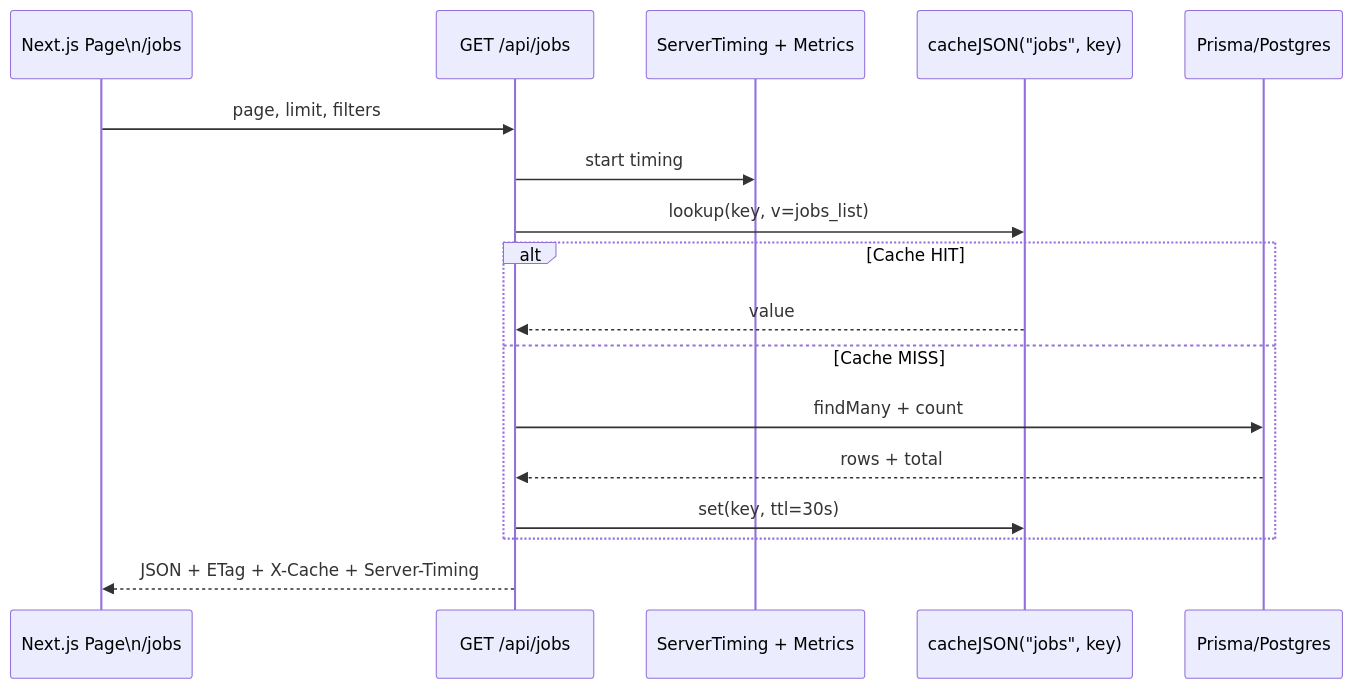
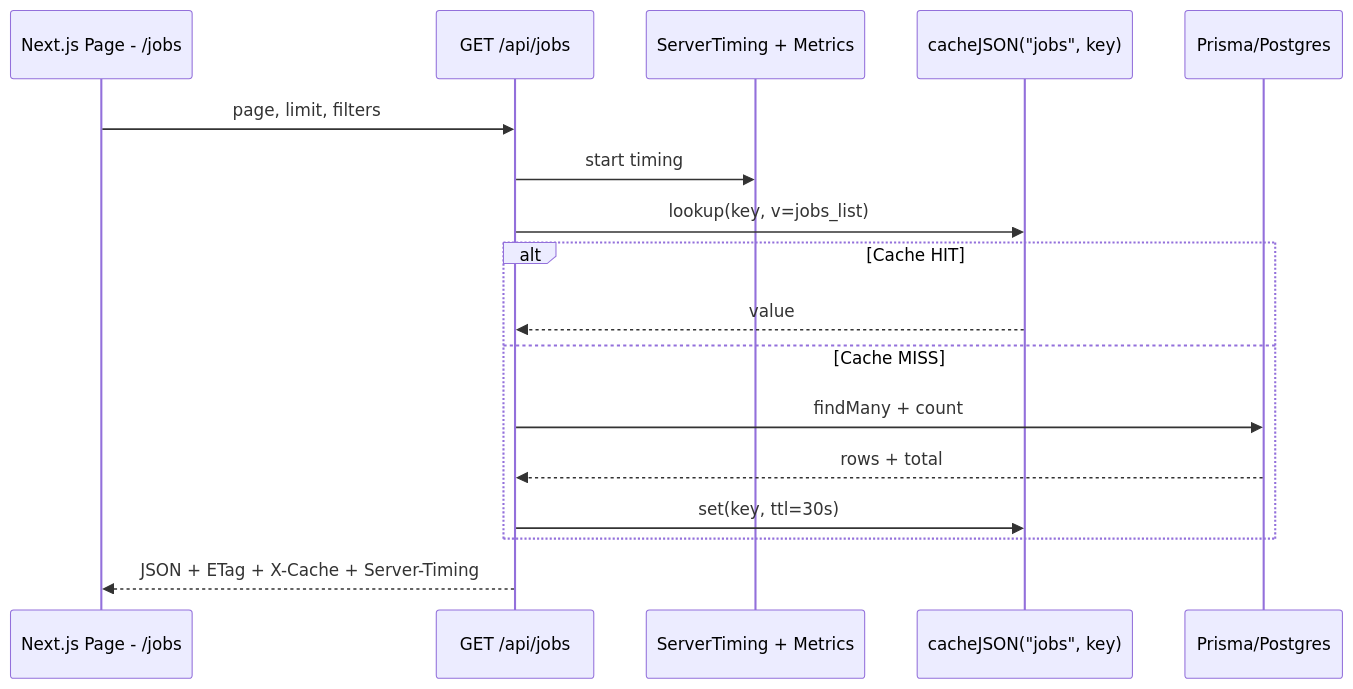
The third of 10 diagrams in docs/DIAGRAMS.md (VoTeXG/freelancer_and_job_hunting_website), drawn with Mermaid before and after one commit. The commit also changed other lines of this file, not shown here.

Commit message:
Fix Mermaid diagrams syntax in DIAGRAMS.md

````diff
--- a/docs/DIAGRAMS.md
+++ b/docs/DIAGRAMS.md
@@ -65,20 +65,20 @@
 ```mermaid
 sequenceDiagram
-  participant FE as Next.js Page\n/jobs
+  participant FE as Next.js Page - /jobs
   participant API as GET /api/jobs
   participant MET as ServerTiming + Metrics
   participant CACHE as cacheJSON("jobs", key)
   participant DB as Prisma/Postgres
 
   FE->>API: page, limit, filters
   API->>MET: start timing
   API->>CACHE: lookup(key, v=jobs_list)
   alt Cache HIT
     CACHE-->>API: value
   else Cache MISS
     API->>DB: findMany + count
     DB-->>API: rows + total
     API->>CACHE: set(key, ttl=30s)
   end
   API-->>FE: JSON + ETag + X-Cache + Server-Timing
 ```
````
